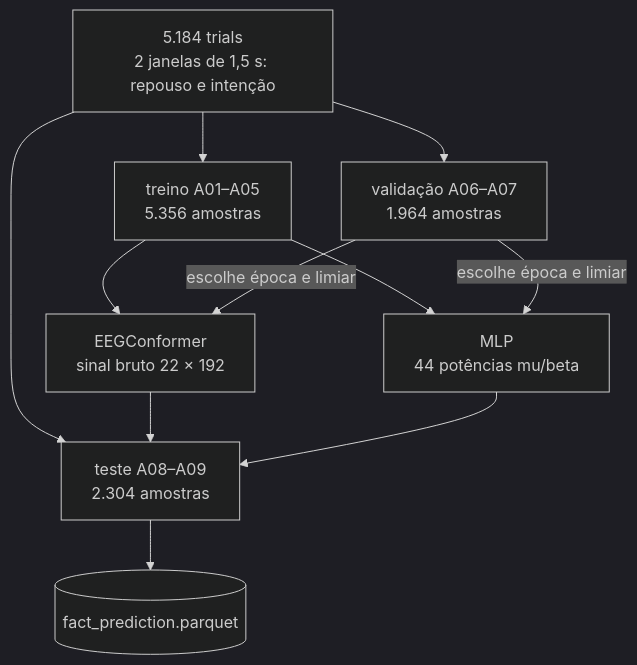
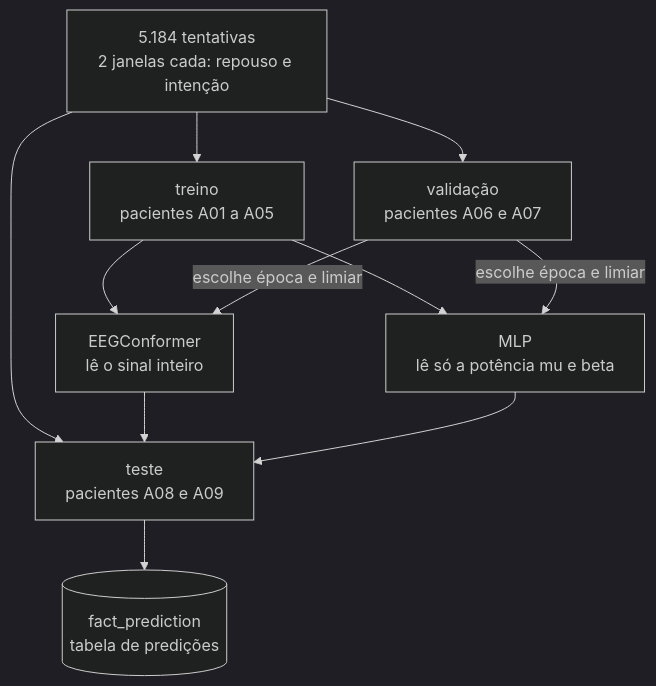
One commit to kafb04/data-engineering-multimodal-ai changed the fifth of 10 diagrams in README.md. Above: the diagram before and after it, drawn with Mermaid (dark theme). The commit also changed other lines of this file, not shown here.

````diff
--- a/README.md
+++ b/README.md
@@ -138,12 +191,12 @@
 ```mermaid
 flowchart TD
-    A["5.184 trials<br/>2 janelas de 1,5 s: repouso e intenção"]
-    A --> TR["treino A01–A05<br/>5.356 amostras"]
-    A --> VA["validação A06–A07<br/>1.964 amostras"]
-    A --> TE["teste A08–A09<br/>2.304 amostras"]
-    TR --> M1["EEGConformer<br/>sinal bruto 22 × 192"]
-    TR --> M2["MLP<br/>44 potências mu/beta"]
+    A["5.184 tentativas<br/>2 janelas cada: repouso e intenção"]
+    A --> TR["treino<br/>pacientes A01 a A05"]
+    A --> VA["validação<br/>pacientes A06 e A07"]
+    A --> TE["teste<br/>pacientes A08 e A09"]
+    TR --> M1["EEGConformer<br/>lê o sinal inteiro"]
+    TR --> M2["MLP<br/>lê só a potência mu e beta"]
     VA -->|"escolhe época e limiar"| M1 & M2
     M1 & M2 --> TE
-    TE --> P[("fact_prediction.parquet")]
+    TE --> P[("fact_prediction<br/>tabela de predições")]
 ```
````
